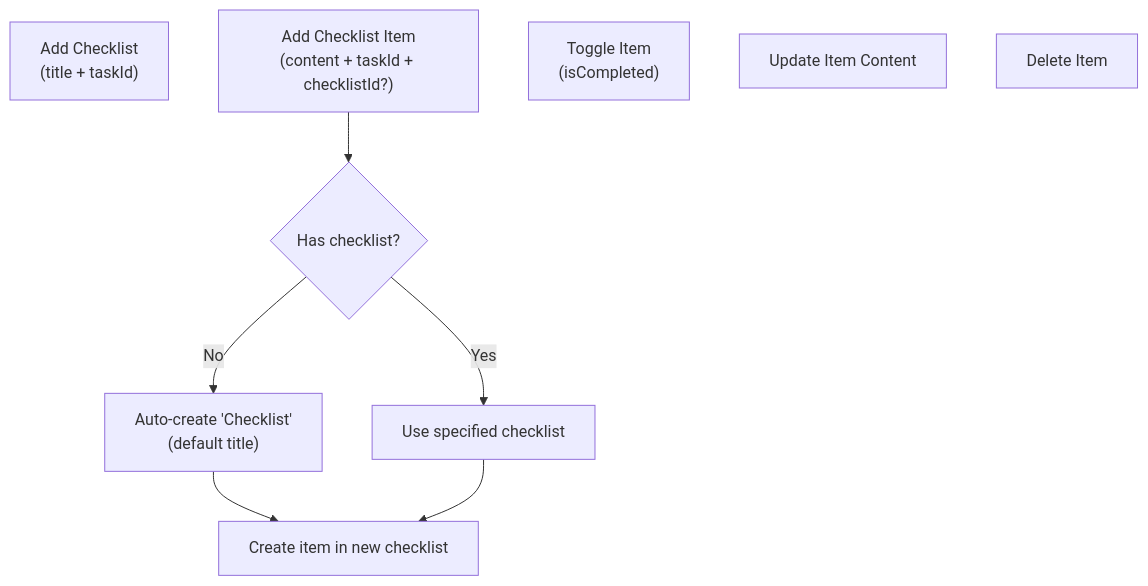
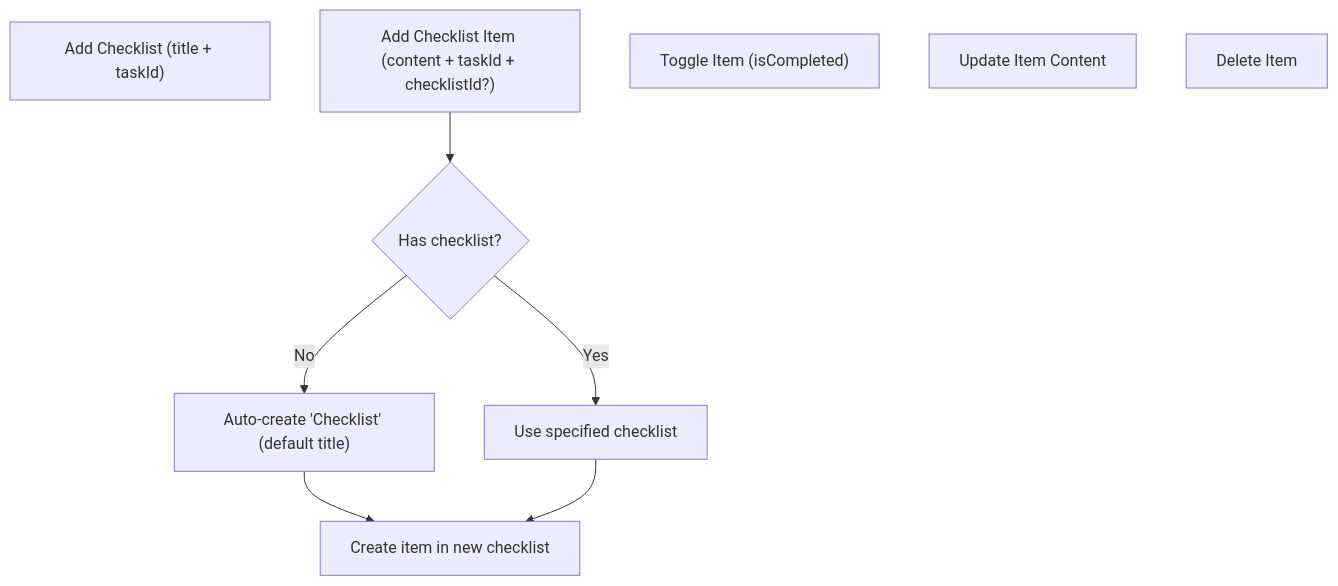
One commit to asefahmed500/Smart-Task-App_IIT_DU_Final_Project changed the sixth of 10 diagrams in docs/05-task-management.md. Above: the diagram before and after it, drawn with Mermaid. The commit also changed other lines of this file and 8 other files, not shown here.

Commit message:
fix: remove br tags from mermaid diagrams for GitHub rendering

````diff
--- a/docs/05-task-management.md
+++ b/docs/05-task-management.md
@@ -267,14 +267,14 @@
 ```mermaid
 flowchart TD
-    ADD_CL["Add Checklist<br/>(title + taskId)"]
-    ADD_ITEM["Add Checklist Item<br/>(content + taskId + checklistId?)"]
-    TOGGLE["Toggle Item<br/>(isCompleted)"]
+    ADD_CL["Add Checklist (title + taskId)"]
+    ADD_ITEM["Add Checklist Item (content + taskId + checklistId?)"]
+    TOGGLE["Toggle Item (isCompleted)"]
     UPDATE_ITEM["Update Item Content"]
     DELETE_ITEM["Delete Item"]
 
     ADD_ITEM --> HAS_CL{"Has checklist?"}
-    HAS_CL -->|No| AUTO_CREATE["Auto-create 'Checklist'<br/>(default title)"]
+    HAS_CL -->|No| AUTO_CREATE["Auto-create 'Checklist' (default title)"]
     HAS_CL -->|Yes| USE_CL["Use specified checklist"]
     AUTO_CREATE --> CREATE_ITEM["Create item in new checklist"]
     USE_CL --> CREATE_ITEM
 ```
````
